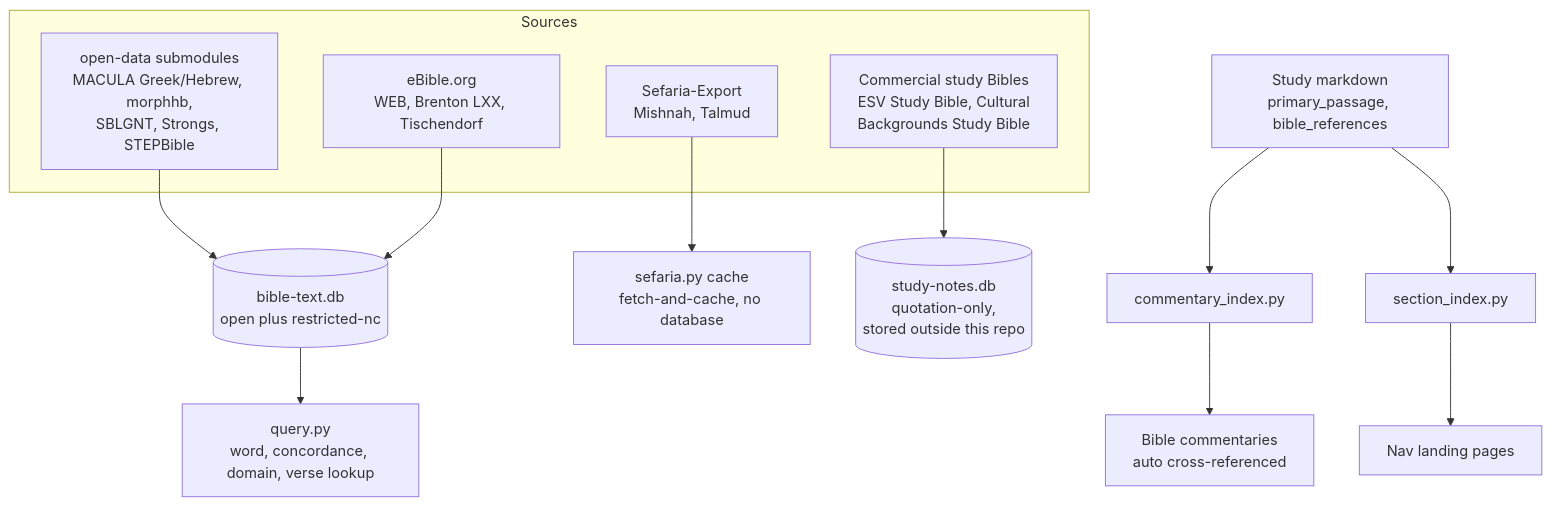
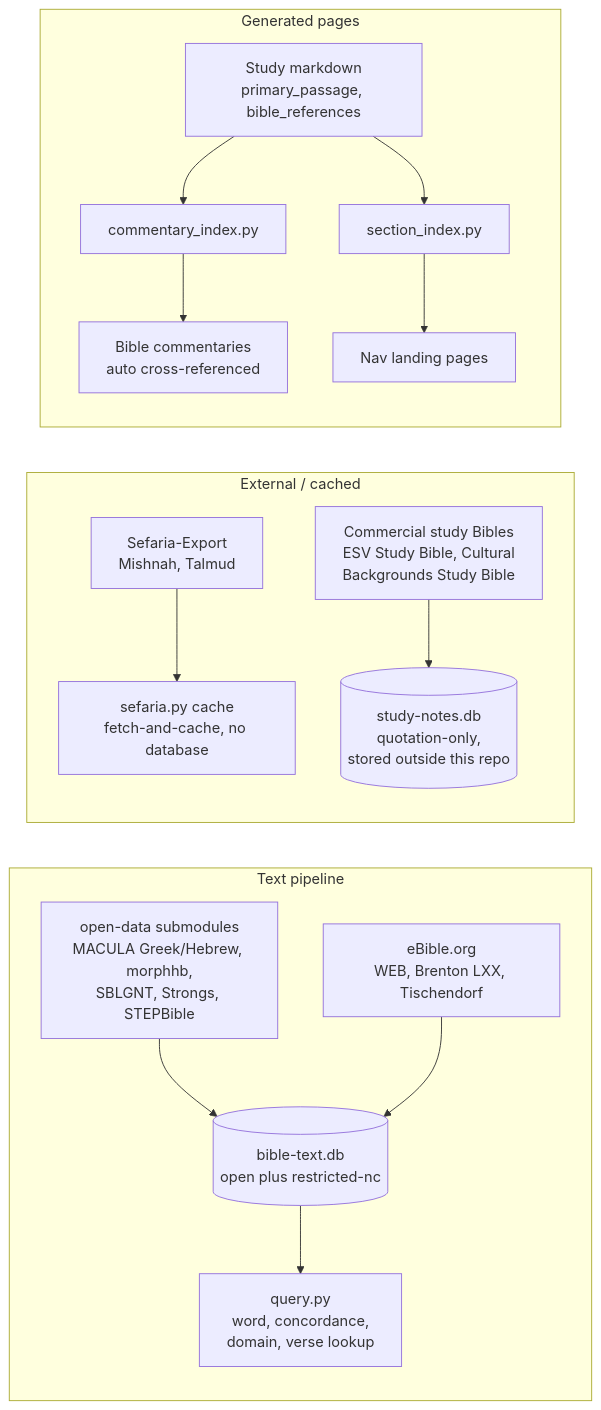
One commit to ding0t/bible_studies changed the second of 2 diagrams in docs/content/resources/site-architecture.md. Above: the diagram before and after it, drawn with Mermaid. The commit also changed other lines of this file and 8 other files, not shown here.

````diff
--- a/docs/content/resources/site-architecture.md
+++ b/docs/content/resources/site-architecture.md
@@ -52,23 +52,24 @@
 ```mermaid
-flowchart TD
-    subgraph sources["Sources"]
+flowchart LR
+    subgraph text["Text pipeline"]
+        direction TB
         od["open-data submodules<br/>MACULA Greek/Hebrew, morphhb,<br/>SBLGNT, Strongs, STEPBible"]
         eb["eBible.org<br/>WEB, Brenton LXX, Tischendorf"]
-        sf["Sefaria-Export<br/>Mishnah, Talmud"]
-        sn["Commercial study Bibles<br/>ESV Study Bible, Cultural<br/>Backgrounds Study Bible"]
+        btdb[("bible-text.db<br/>open plus restricted-nc")]
+        query["query.py<br/>word, concordance,<br/>domain, verse lookup"]
+        od --> btdb
+        eb --> btdb
+        btdb --> query
     end
-
-    od --> btdb[("bible-text.db<br/>open plus restricted-nc")]
-    eb --> btdb
-    btdb --> query["query.py<br/>word, concordance, domain, verse lookup"]
-
-    sf --> sefcache["sefaria.py cache<br/>fetch-and-cache, no database"]
-
-    sn --> sndb[("study-notes.db<br/>quotation-only,<br/>stored outside this repo")]
-
-    studies["Study markdown<br/>primary_passage, bible_references"]
-    studies --> ci["commentary_index.py"]
-    ci --> commentaries["Bible commentaries<br/>auto cross-referenced"]
-    studies --> si["section_index.py"]
-    si --> navpages["Nav landing pages"]
+    subgraph ext["External / cached"]
+        direction TB
+        sf["Sefaria-Export<br/>Mishnah, Talmud"] --> sefcache["sefaria.py cache<br/>fetch-and-cache, no database"]
+        sn["Commercial study Bibles<br/>ESV Study Bible, Cultural<br/>Backgrounds Study Bible"] --> sndb[("study-notes.db<br/>quotation-only,<br/>stored outside this repo")]
+    end
+    subgraph gen["Generated pages"]
+        direction TB
+        studies["Study markdown<br/>primary_passage, bible_references"]
+        studies --> ci["commentary_index.py"] --> commentaries["Bible commentaries<br/>auto cross-referenced"]
+        studies --> si["section_index.py"] --> navpages["Nav landing pages"]
+    end
 ```
````
